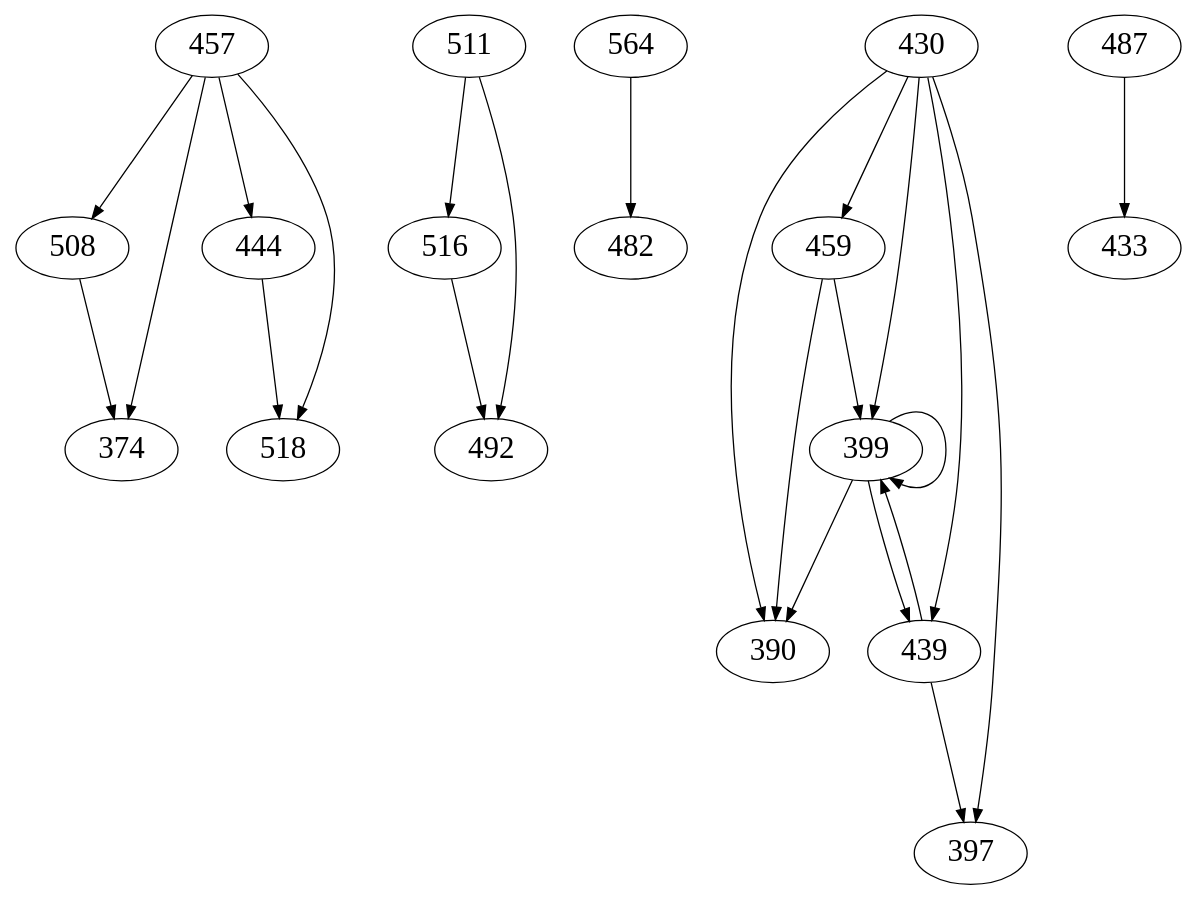
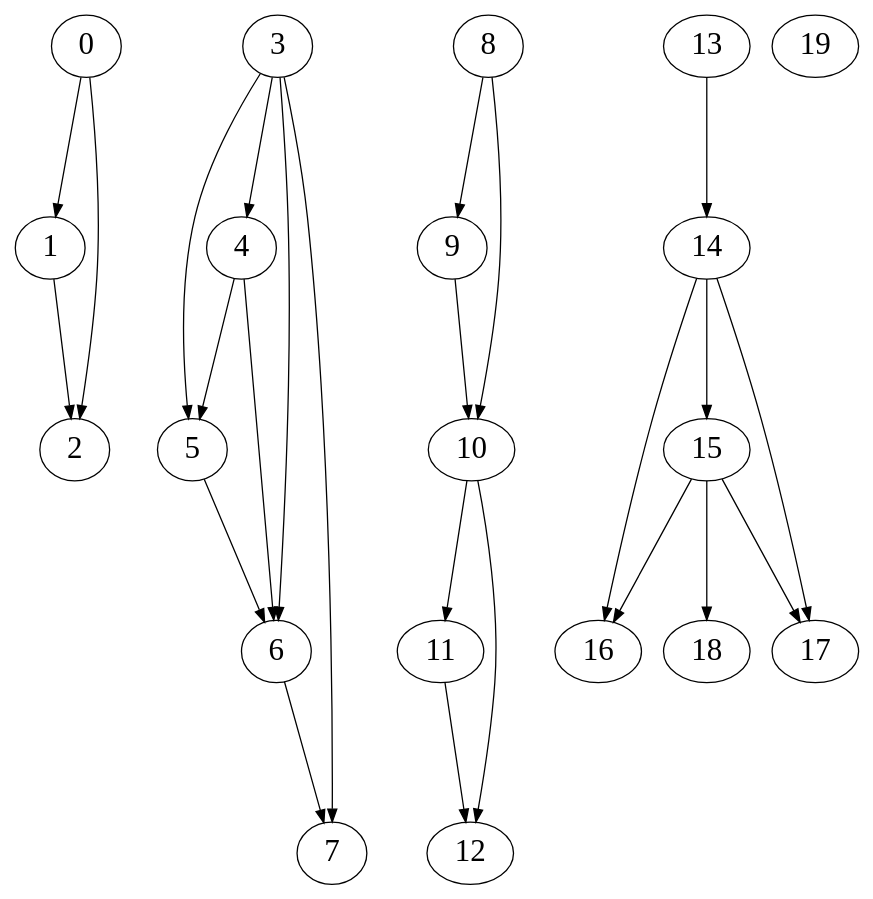
Before and after one commit to CatherineFish/CPPPrac2021: the diagram in SimulatedAnnealing/forGraph.dot, drawn with Graphviz. The commit also changed 3 other files, not shown here.

```diff
--- a/SimulatedAnnealing/forGraph.dot
+++ b/SimulatedAnnealing/forGraph.dot
@@ -1,27 +1,27 @@
 digraph G {
     graph [fontsize=24]
     edge [fontsize=24]
     node [fontsize=24]
     ranksep = 1.5
     nodesep = .25
-    457 -> { 508 374 };
-    508 -> { 374 };
-    374 -> { };
-    457 -> { 444 518 };
-    444 -> { 518 };
-    518 -> { };
-    511 -> { 516 492 };
-    516 -> { 492 };
-    492 -> { };
-    564 -> { 482 };
-    482 -> { };
-    430 -> { 459 399 390 439 399 397 };
-    459 -> { 399 390 };
-    399 -> { 390 439 399 };
-    390 -> { };
-    439 -> { 399 397 };
-    399 -> { };
-    397 -> { };
-    487 -> { 433 };
-    433 -> { };
+    0 -> { 1 2 };
+    1 -> { 2 };
+    2 -> { };
+    3 -> { 4 5 6 7 };
+    4 -> { 5 6 };
+    5 -> { 6 };
+    6 -> { 7 };
+    7 -> { };
+    8 -> { 9 10 };
+    9 -> { 10 };
+    10 -> { 11 12 };
+    11 -> { 12 };
+    12 -> { };
+    13 -> { 14 };
+    14 -> { 15 16 17 };
+    15 -> { 16 17 18 };
+    16 -> { };
+    17 -> { };
+    18 -> { };
+    19 -> { };
 }
```
